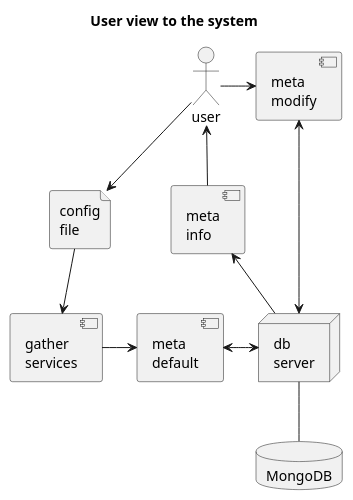
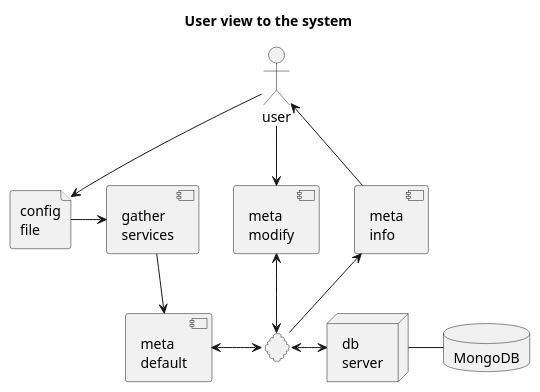
Before and after one commit to MARTIMM/Library: the first of 3 diagrams in doc/requirements.md, drawn with PlantUML. The commit also changed other lines of this file, not shown here.

Commit message:
change env var

````diff
--- a/doc/requirements.md
+++ b/doc/requirements.md
@@ -80,30 +80,33 @@
 ```plantuml
 
 title User view to the system
 
 actor user
 
 file cfg as "config\nfile"
 
 component gather as "gather\nservices"
 component dmeta as "meta\ndefault"
 component mmeta as "meta\nmodify"
 component imeta as "meta\ninfo"
 
 database mdb as "MongoDB"
 node mdbs as "db\nserver"
-mdbs -- mdb
+mdbs - mdb
 
+cloud " " as internet1
 
 user --> cfg
-user -> mmeta
+user --> mmeta
 
 cfg -> gather
 gather -> dmeta
-mmeta <--> mdbs
-dmeta <-> mdbs
+mmeta <--> internet1
+dmeta <-> internet1
 
-imeta <-- mdbs
+imeta <-- internet1
 user <-- imeta
 
+internet1 <-> mdbs
+
 ```
````
